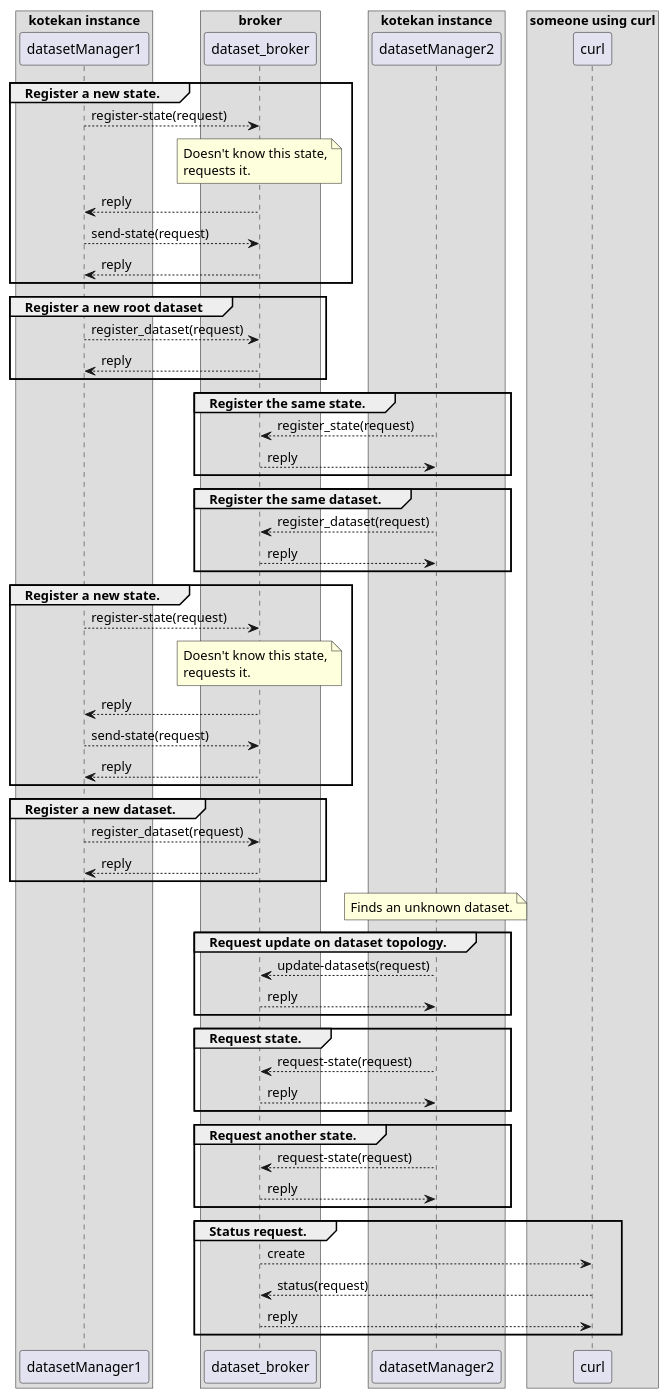
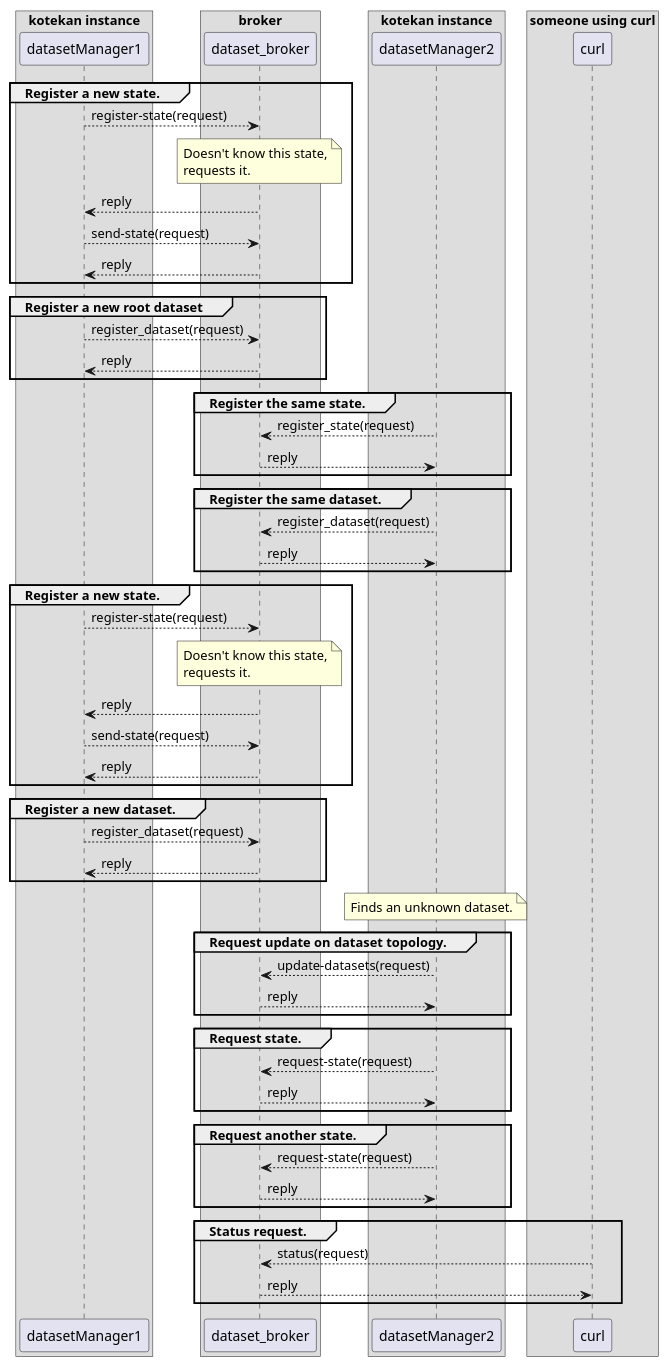
One commit to kotekan/kotekan changed the diagram in docs/sphinx/dev/dev_dataset_broker.rst. Above: the diagram before and after it, drawn with PlantUML. The commit also changed other lines of this file and 2 other files, not shown here.

```diff
--- a/docs/sphinx/dev/dev_dataset_broker.rst
+++ b/docs/sphinx/dev/dev_dataset_broker.rst
@@ -196,7 +201,6 @@
     end
 
     group Status request.
-        curl <-- dataset_broker: create
         curl --> dataset_broker: status(request)
         curl <-- dataset_broker: reply
     end
```
